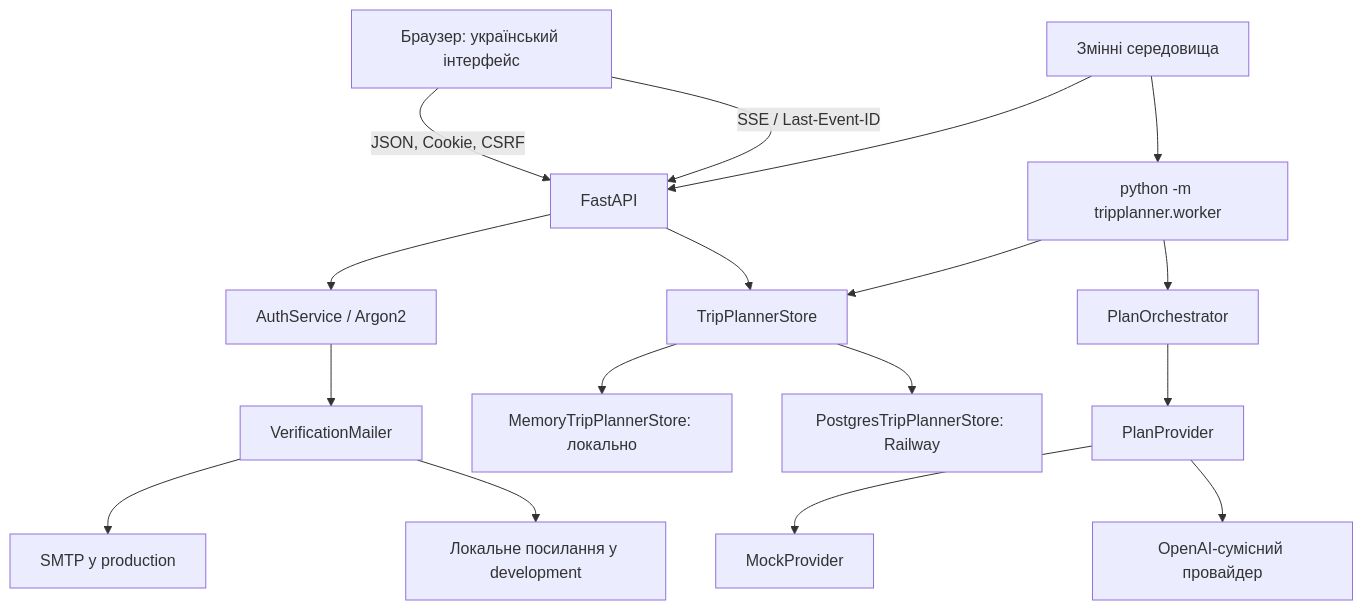
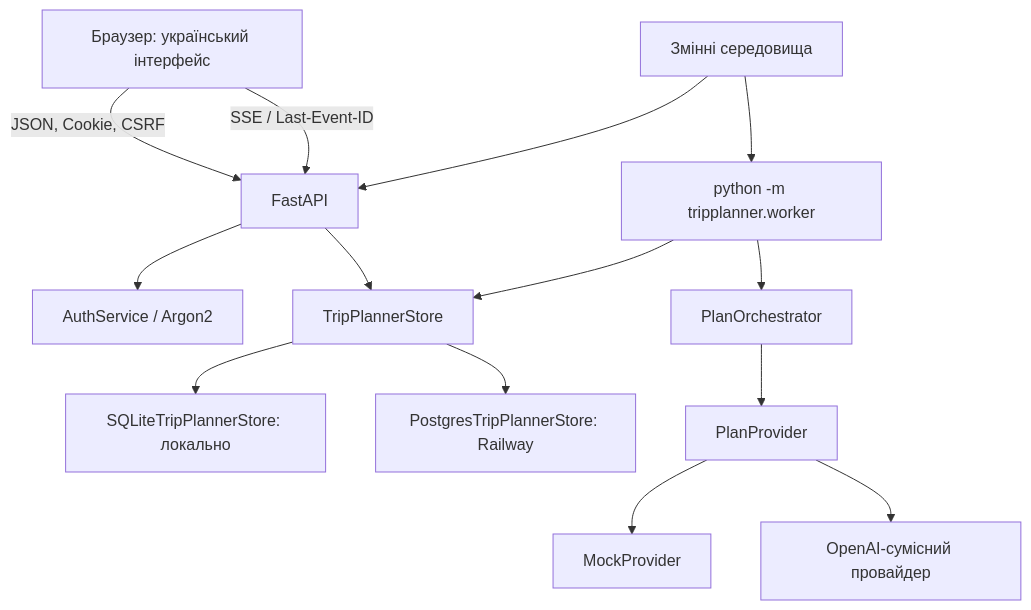
One commit to BobaBobus123/TripPlanner-AI changed the second of 2 diagrams in docs/architecture.md. Above: the diagram before and after it, drawn with Mermaid. The commit also changed other lines of this file and 24 other files, not shown here.

````diff
--- a/docs/architecture.md
+++ b/docs/architecture.md
@@ -35,19 +34,16 @@
 ```mermaid
 flowchart TB
     Browser[Браузер: український інтерфейс] -->|JSON, Cookie, CSRF| API[FastAPI]
     Browser -->|SSE / Last-Event-ID| API
     API --> Auth[AuthService / Argon2]
-    Auth --> Mailer[VerificationMailer]
-    Mailer --> SMTP[SMTP у production]
-    Mailer --> DevLink[Локальне посилання у development]
     API --> Store[TripPlannerStore]
     Worker[python -m tripplanner.worker] --> Store
-    Store --> Memory[MemoryTripPlannerStore: локально]
+    Store --> SQLite[SQLiteTripPlannerStore: локально]
     Store --> Postgres[PostgresTripPlannerStore: Railway]
     Worker --> Orchestrator[PlanOrchestrator]
     Orchestrator --> Provider[PlanProvider]
     Provider --> Mock[MockProvider]
     Provider --> Compat[OpenAI-сумісний провайдер]
     Settings[Змінні середовища] --> API
     Settings --> Worker
 ```
````
